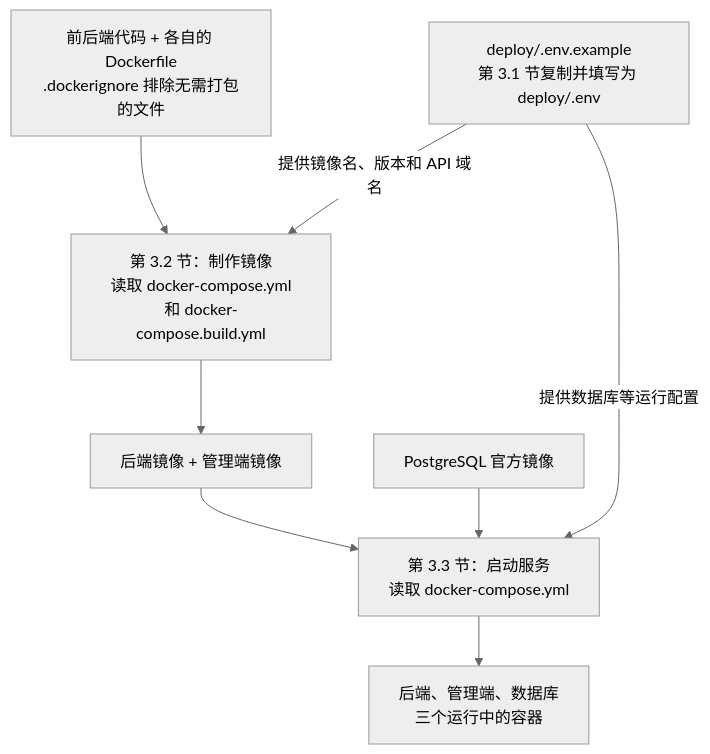
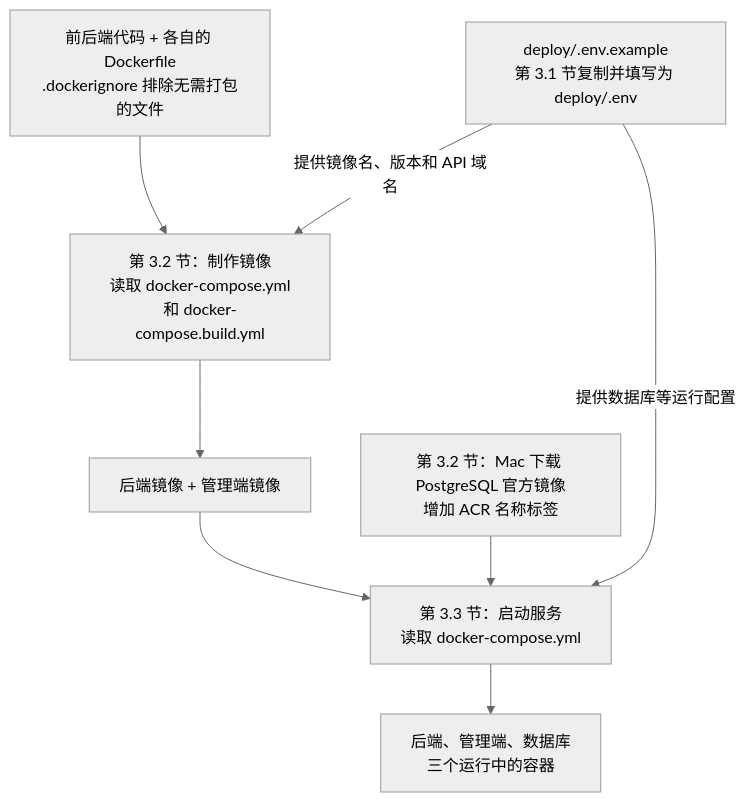
One commit to jiajianhui/learning-notes changed the fifth of 11 diagrams in backend/backend-system-learning/20A-用宝塔和Docker-Compose部署MiniCMS.md. Above: the diagram before and after it, drawn with Mermaid (neutral theme). The commit also changed other lines of this file and 3 other files, not shown here.

````diff
--- a/backend/backend-system-learning/20A-用宝塔和Docker-Compose部署MiniCMS.md
+++ b/backend/backend-system-learning/20A-用宝塔和Docker-Compose部署MiniCMS.md
@@ -237,17 +243,17 @@
 ```mermaid
 flowchart TD
     S["前后端代码 + 各自的 Dockerfile<br/>.dockerignore 排除无需打包的文件"]
     E["deploy/.env.example<br/>第 3.1 节复制并填写为 deploy/.env"]
     B["第 3.2 节：制作镜像<br/>读取 docker-compose.yml<br/>和 docker-compose.build.yml"]
     I["后端镜像 + 管理端镜像"]
-    P["PostgreSQL 官方镜像"]
+    P["第 3.2 节：Mac 下载 PostgreSQL 官方镜像<br/>增加 ACR 名称标签"]
     R["第 3.3 节：启动服务<br/>读取 docker-compose.yml"]
     C["后端、管理端、数据库<br/>三个运行中的容器"]
     S --> B
     E -->|提供镜像名、版本和 API 域名| B
     B --> I
     I --> R
     P --> R
     E -->|提供数据库等运行配置| R
     R --> C
 ```
````
